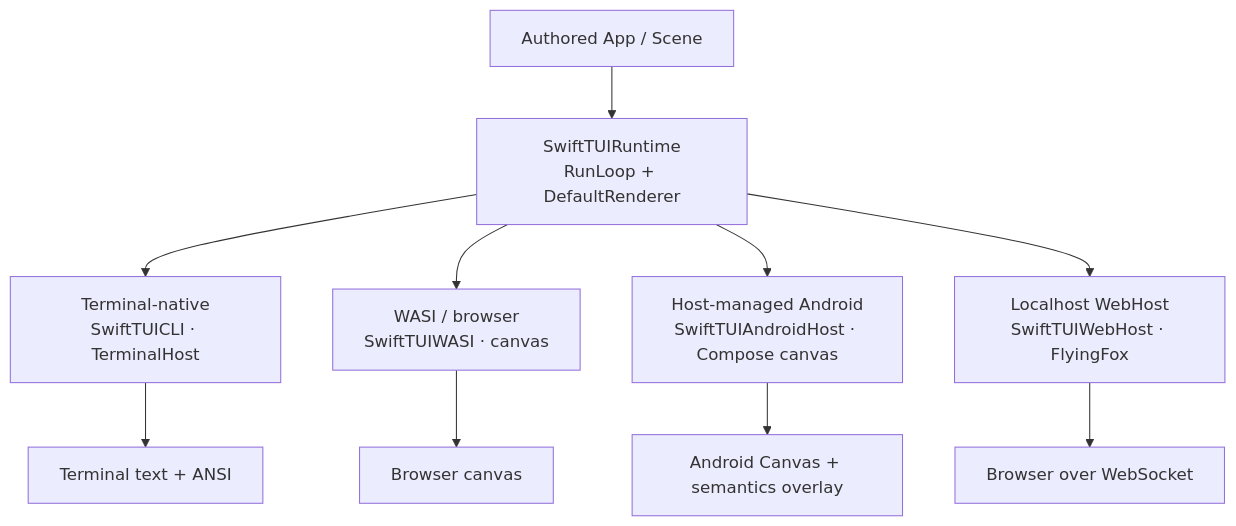
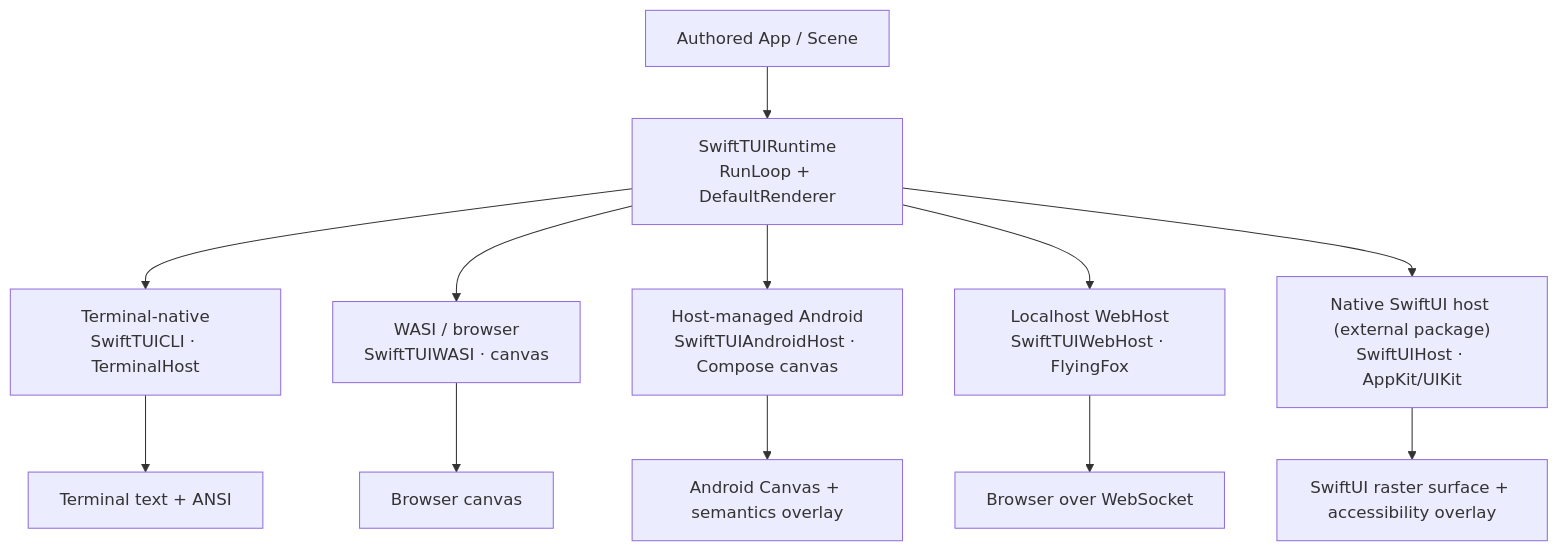
Before and after one commit to SwiftTUI/swift-tui: the first of 3 diagrams in docs/HOSTS-AND-PLATFORMS.md, drawn with Mermaid. The commit also changed other lines of this file and 17 other files, not shown here.

````diff
--- a/docs/HOSTS-AND-PLATFORMS.md
+++ b/docs/HOSTS-AND-PLATFORMS.md
@@ -15,16 +14,18 @@
 ```mermaid
 flowchart TD
     app["Authored App / Scene"]
     runtime["SwiftTUIRuntime<br/>RunLoop + DefaultRenderer"]
     app --> runtime
 
     runtime --> term["Terminal-native<br/>SwiftTUICLI · TerminalHost"]
     runtime --> wasi["WASI / browser<br/>SwiftTUIWASI · canvas"]
     runtime --> androidHost["Host-managed Android<br/>SwiftTUIAndroidHost · Compose canvas"]
     runtime --> web["Localhost WebHost<br/>SwiftTUIWebHost · FlyingFox"]
+    runtime --> swiftui["Native SwiftUI host (external package)<br/>SwiftUIHost · AppKit/UIKit"]
 
     term --> termOut["Terminal text + ANSI"]
     wasi --> wasiOut["Browser canvas"]
     androidHost --> androidOut["Android Canvas + semantics overlay"]
     web --> webOut["Browser over WebSocket"]
+    swiftui --> swiftuiOut["SwiftUI raster surface + accessibility overlay"]
 ```
````
